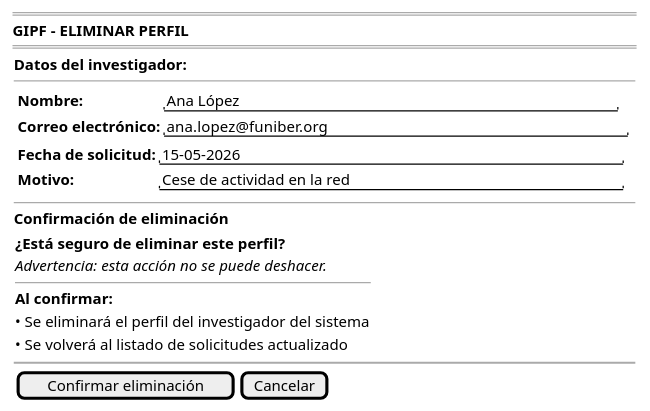
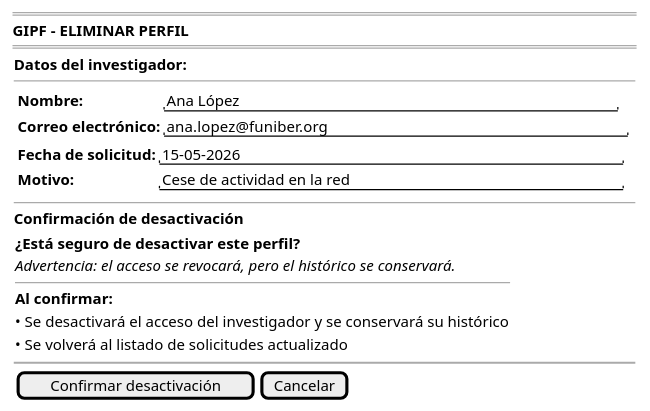
One commit to beatriizorozco/25-26-idsw2-sdVC changed the diagram in modelosUML/RUP/00-casos-uso/02-detalle/prototipado/coordinador/eliminarPerfil/prototipo.puml. Above: the diagram before and after it, drawn with PlantUML. The commit also changed 98 other files, not shown here.

Commit message:
fix(detalle): casos de uso eliminar adaptados a desactivar

```diff
--- a/modelosUML/RUP/00-casos-uso/02-detalle/prototipado/coordinador/eliminarPerfil/prototipo.puml
+++ b/modelosUML/RUP/00-casos-uso/02-detalle/prototipado/coordinador/eliminarPerfil/prototipo.puml
@@ -1,37 +1,37 @@
 @startsalt eliminarPerfil-wireframe
 {
     ====
     <b>GIPF - ELIMINAR PERFIL</b>
     ====
     {
         <b>Datos del investigador:</b>
         --
         {
             {
             {<b>Nombre:</b>             | "Ana López                                    "
             <b>Correo electrónico:</b>  | "ana.lopez@funiber.org                         "}
 
             {<b>Fecha de solicitud:</b> | "15-05-2026                                    "
             <b>Motivo:</b>             | "Cese de actividad en la red                   "}
             }
         }
 
         --
 
-        <b>Confirmación de eliminación</b>
+        <b>Confirmación de desactivación</b>
         {
-            <b>¿Está seguro de eliminar este perfil?</b>
-            <i>Advertencia: esta acción no se puede deshacer.</i>
+            <b>¿Está seguro de desactivar este perfil?</b>
+            <i>Advertencia: el acceso se revocará, pero el histórico se conservará.</i>
 
             --
             <b>Al confirmar:</b>
-            • Se eliminará el perfil del investigador del sistema
+            • Se desactivará el acceso del investigador y se conservará su histórico
             • Se volverá al listado de solicitudes actualizado
         }
 
         ~~
 
-        {[Confirmar eliminación] | [Cancelar]}
+        {[Confirmar desactivación] | [Cancelar]}
     }
 }
 @endsalt
```
